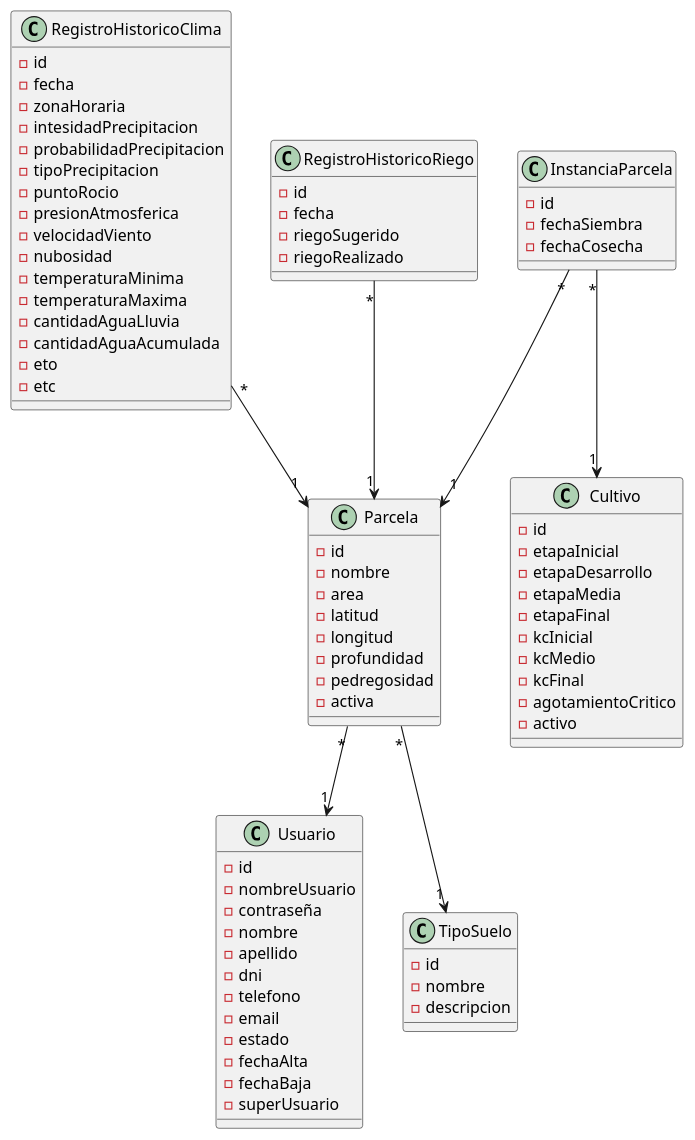
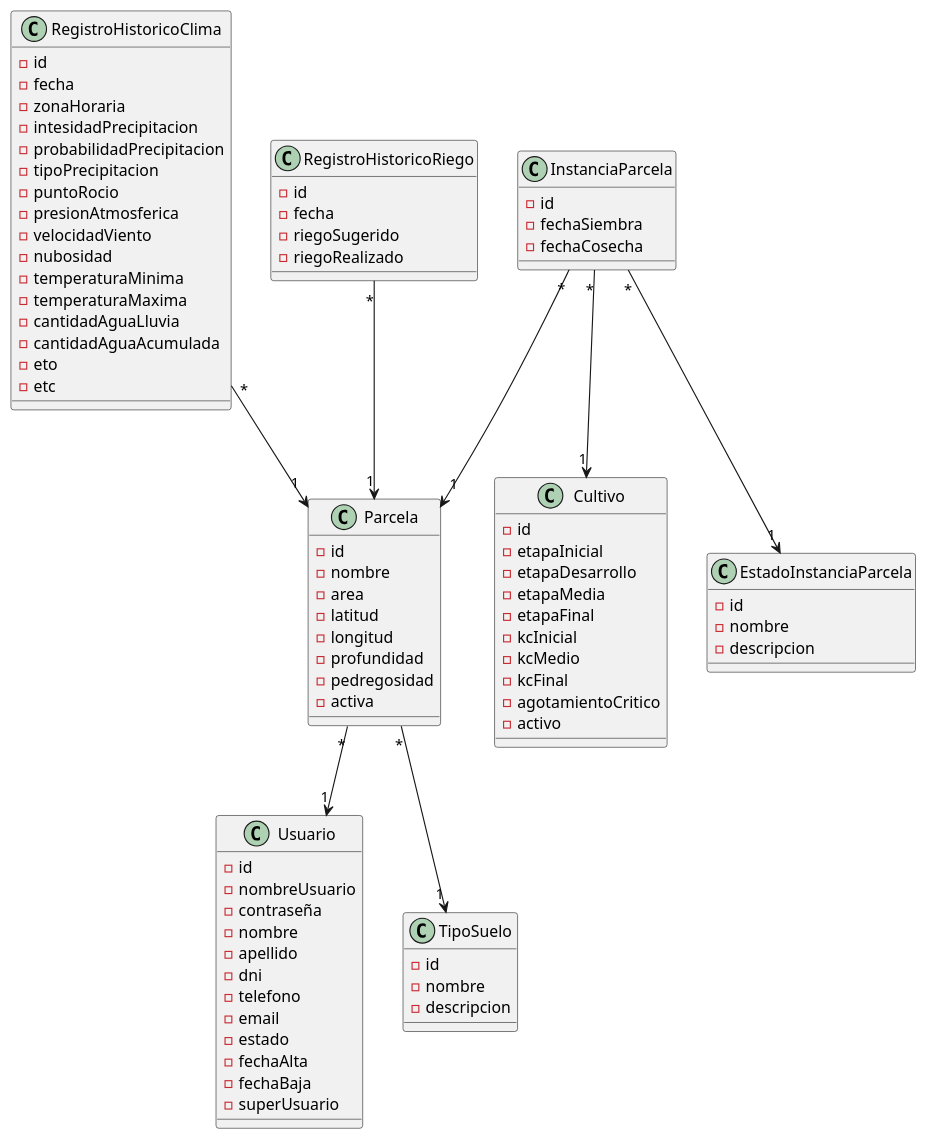
Before and after one commit to FacuDeveloper/Sistema-de-riego: the diagram in Modelo de dominio/Modelo de dominio.pu, drawn with PlantUML. The commit also changed 1 other file, not shown here.

```diff
--- a/Modelo de dominio/Modelo de dominio.pu
+++ b/Modelo de dominio/Modelo de dominio.pu
@@ -1,87 +1,94 @@
 @startuml
 
 Parcela "*"-->"1" Usuario
 Parcela "*"-->"1" TipoSuelo
 RegistroHistoricoClima "*"-->"1" Parcela
 RegistroHistoricoRiego "*"-->"1" Parcela
 InstanciaParcela "*"-->"1" Parcela
 InstanciaParcela "*"-->"1" Cultivo
+InstanciaParcela "*"-->"1" EstadoInstanciaParcela
 
 class Parcela {
 -id
 -nombre
 -area
 -latitud
 -longitud
 -profundidad
 -pedregosidad
 -activa
 }
 
 class Cultivo {
 -id
 -etapaInicial
 -etapaDesarrollo
 -etapaMedia
 -etapaFinal
 -kcInicial
 -kcMedio
 -kcFinal
 -agotamientoCritico
 -activo
 }
 
 class TipoSuelo {
 -id
 -nombre
 -descripcion
 }
 
 class RegistroHistoricoClima {
 -id
 -fecha
 -zonaHoraria
 -intesidadPrecipitacion
 -probabilidadPrecipitacion
 -tipoPrecipitacion
 -puntoRocio
 -presionAtmosferica
 -velocidadViento
 -nubosidad
 -temperaturaMinima
 -temperaturaMaxima
 -cantidadAguaLluvia
 -cantidadAguaAcumulada
 -eto
 -etc
 }
 
 class InstanciaParcela {
 -id
 -fechaSiembra
 -fechaCosecha
 }
 
 class RegistroHistoricoRiego {
 -id
 -fecha
 -riegoSugerido
 -riegoRealizado
 }
 
 class Usuario {
 -id
 -nombreUsuario
 -contraseña
 -nombre
 -apellido
 -dni
 -telefono
 -email
 -estado
 -fechaAlta
 -fechaBaja
 -superUsuario
 }
 
+class EstadoInstanciaParcela {
+-id
+-nombre
+-descripcion
+}
+
 @enduml
```
